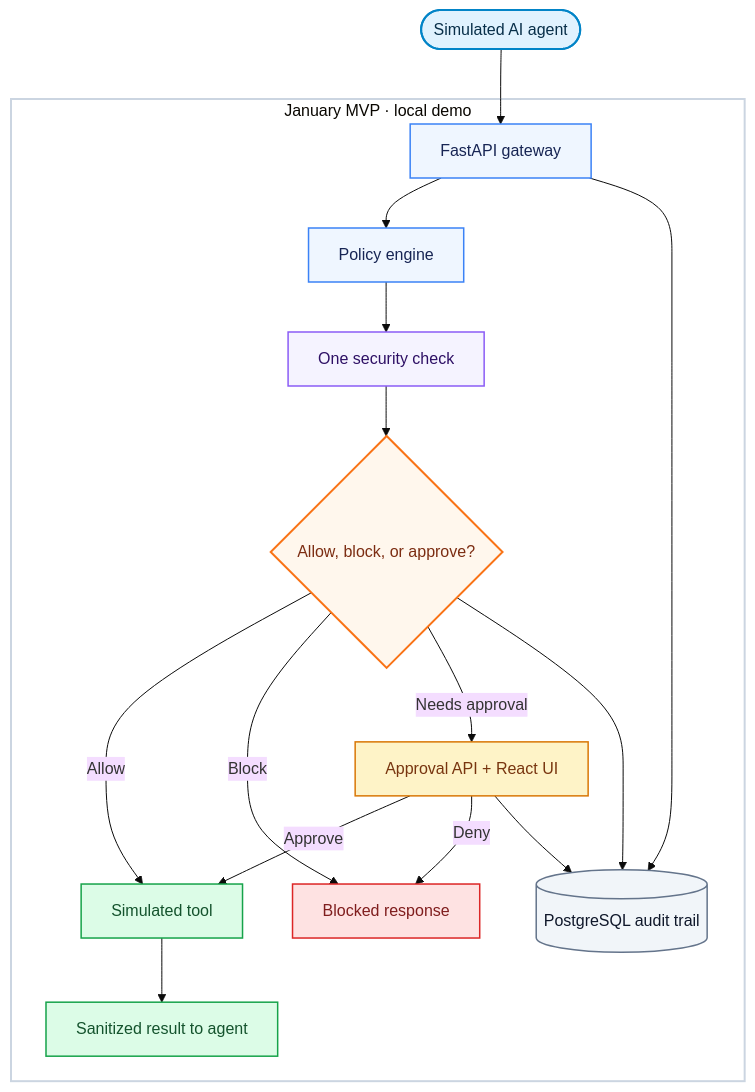
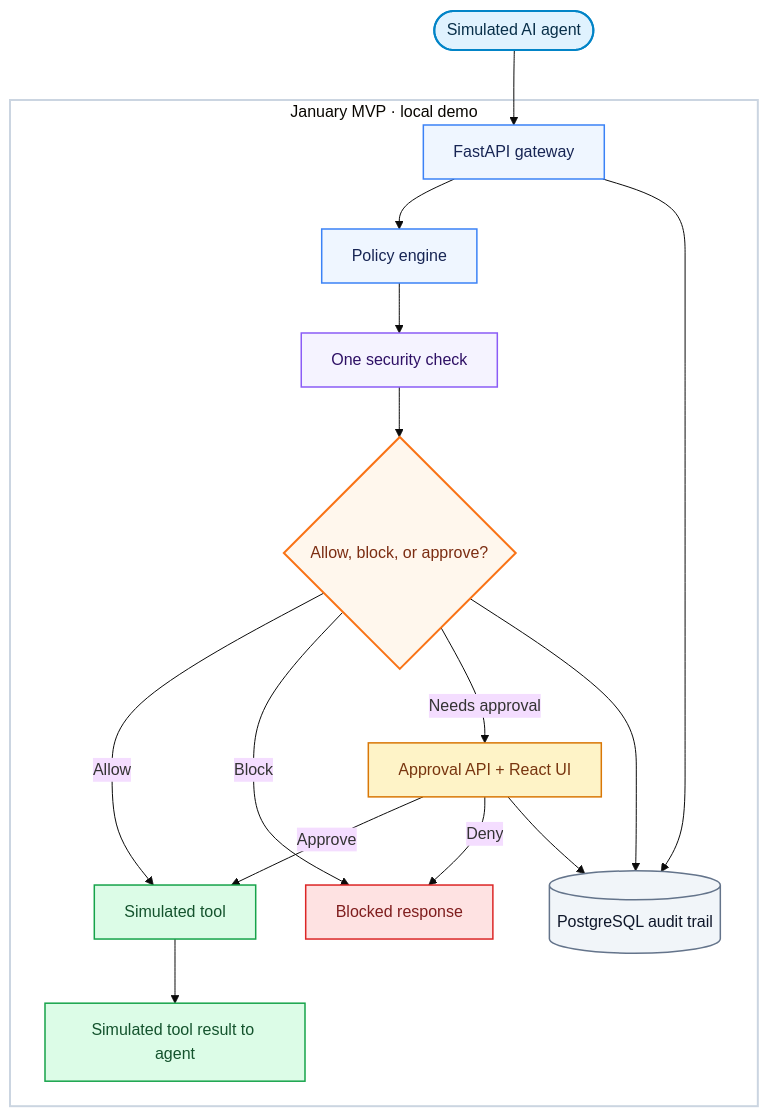
The first of 2 diagrams in README.md (DSC-McMaster-U/agent-guard), drawn with Mermaid (base theme) before and after one commit. The commit also changed other lines of this file and 2 other files, not shown here.

Commit message:
docs: align Tuesday sprints and showcase timeline (#50)

````diff
--- a/README.md
+++ b/README.md
@@ -68,33 +68,33 @@
 ```mermaid
 flowchart TB
     agent(["Simulated AI agent"]):::actor
 
     subgraph mvp["January MVP · local demo"]
         gateway["FastAPI gateway"]:::service --> policy["Policy engine"]:::service
         policy --> detector["One security check"]:::security
         detector --> decision{"Allow, block, or approve?"}:::decision
 
         decision -->|Allow| tool["Simulated tool"]:::success
         decision -->|Block| blocked["Blocked response"]:::blocked
         decision -->|Needs approval| approval["Approval API + React UI"]:::review
         approval -->|Approve| tool
         approval -->|Deny| blocked
 
-        tool --> result["Sanitized result to agent"]:::success
+        tool --> result["Simulated tool result to agent"]:::success
         gateway --> audit[("PostgreSQL audit trail")]:::data
         decision --> audit
         approval --> audit
     end
 
     agent --> gateway
 
     classDef actor fill:#e0f2fe,stroke:#0284c7,color:#082f49,stroke-width:2px
     classDef service fill:#eff6ff,stroke:#3b82f6,color:#172554,stroke-width:1.5px
     classDef security fill:#f5f3ff,stroke:#8b5cf6,color:#2e1065,stroke-width:1.5px
     classDef decision fill:#fff7ed,stroke:#f97316,color:#7c2d12,stroke-width:2px
     classDef review fill:#fef3c7,stroke:#d97706,color:#78350f,stroke-width:1.5px
     classDef success fill:#dcfce7,stroke:#16a34a,color:#14532d,stroke-width:1.5px
     classDef blocked fill:#fee2e2,stroke:#dc2626,color:#7f1d1d,stroke-width:1.5px
     classDef data fill:#f1f5f9,stroke:#64748b,color:#0f172a,stroke-width:1.5px
     style mvp fill:#ffffff,stroke:#cbd5e1,stroke-width:2px
 ```
````
